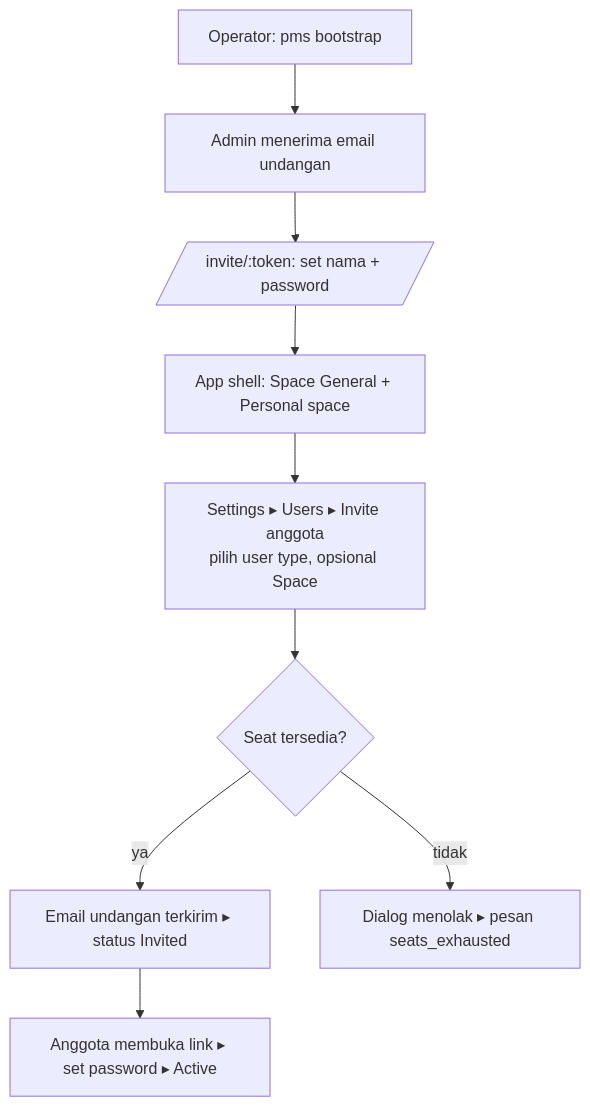
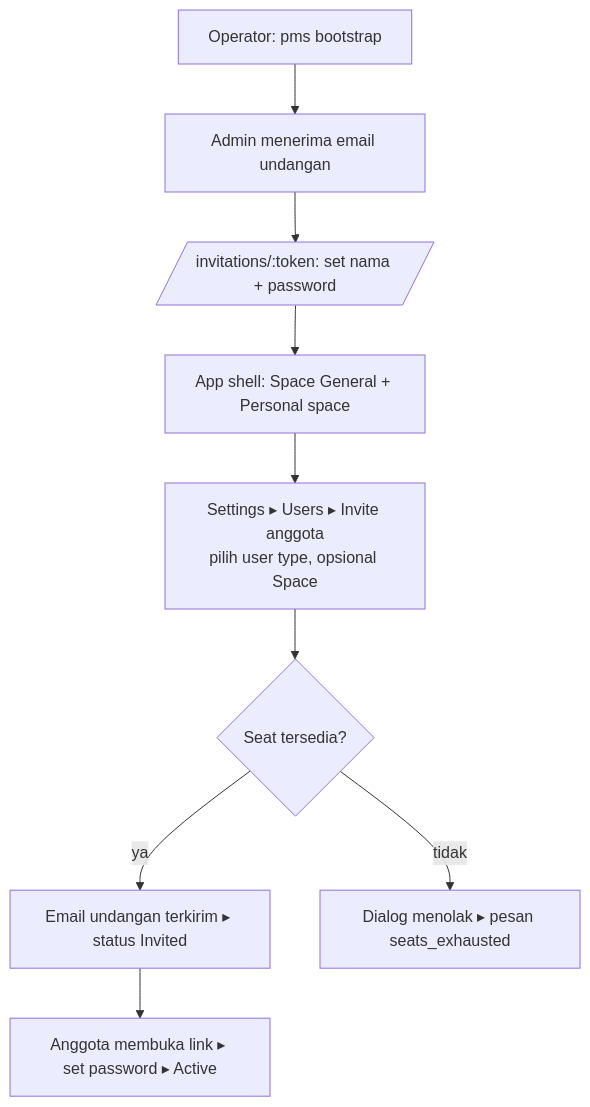
Before and after one commit to anissaefuddin/pms: the second of 5 diagrams in docs/UI_SPEC.md, drawn with Mermaid. The commit also changed other lines of this file and 10 other files, not shown here.

````diff
--- a/docs/UI_SPEC.md
+++ b/docs/UI_SPEC.md
@@ -288,11 +288,11 @@
 ```mermaid
 flowchart TD
     A[Operator: pms bootstrap] --> B[Admin menerima email undangan]
-    B --> C[/invite/:token: set nama + password/]
+    B --> C[/invitations/:token: set nama + password/]
     C --> D[App shell: Space General + Personal space]
     D --> E[Settings ▸ Users ▸ Invite anggota<br/>pilih user type, opsional Space]
     E --> F{Seat tersedia?}
     F -- ya --> G[Email undangan terkirim ▸ status Invited]
     F -- tidak --> H[Dialog menolak ▸ pesan seats_exhausted]
     G --> I[Anggota membuka link ▸ set password ▸ Active]
 ```
````
